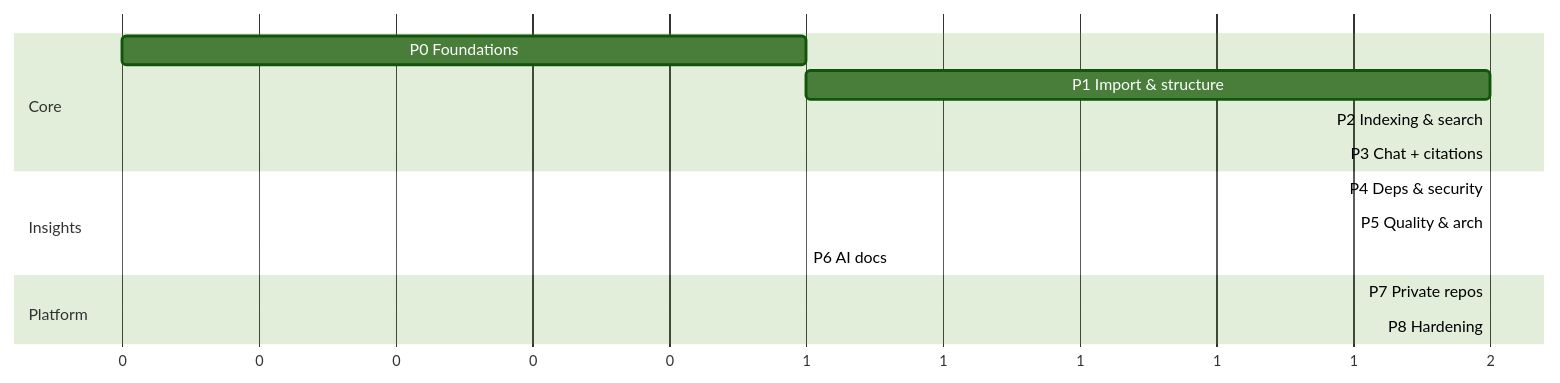
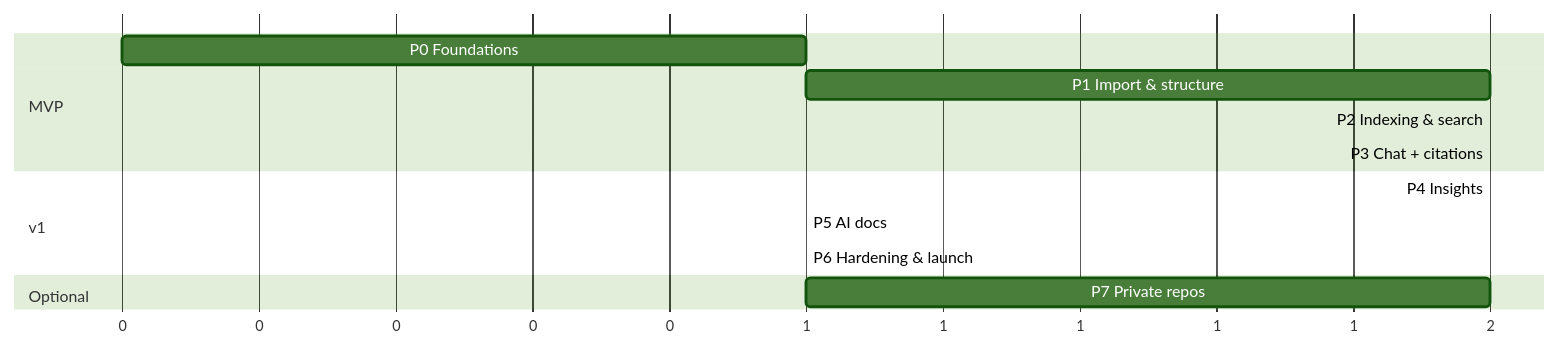
Before and after one commit to rahul-at-dev/RepoPilot-AI: the diagram in docs/IMPLEMENTATION_PLAN.md, drawn with Mermaid (forest theme). The commit also changed other lines of this file and 2 other files, not shown here.

Commit message:
docs: apply approved decisions D1-D15 to architecture and plan

````diff
--- a/docs/IMPLEMENTATION_PLAN.md
+++ b/docs/IMPLEMENTATION_PLAN.md
@@ -30,17 +32,16 @@
 ```mermaid
 gantt
   dateFormat X
   axisFormat %s
-  section Core
+  section MVP
   P0 Foundations        :p0, 0, 1
   P1 Import & structure :p1, after p0, 2
   P2 Indexing & search  :p2, after p1, 2
   P3 Chat + citations   :p3, after p2, 2
-  section Insights
-  P4 Deps & security    :p4, after p2, 2
-  P5 Quality & arch     :p5, after p4, 2
-  P6 AI docs            :p6, after p3, 1
-  section Platform
-  P7 Private repos      :p7, after p3, 2
-  P8 Hardening          :p8, after p7, 2
+  section v1
+  P4 Insights           :p4, after p3, 2
+  P5 AI docs            :p5, after p4, 1
+  P6 Hardening & launch :p6, after p5, 1
+  section Optional
+  P7 Private repos      :p7, after p6, 2
 ```
````
